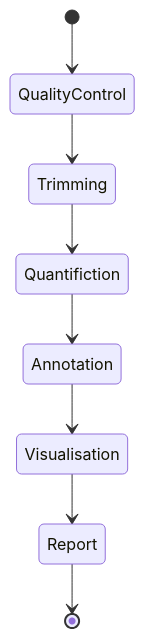
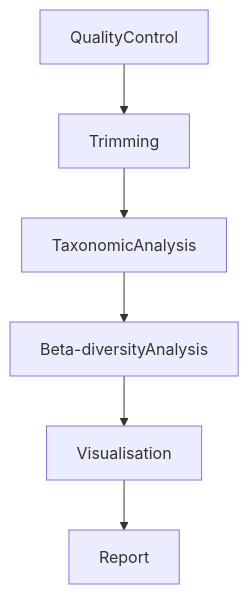
Before and after one commit to dsph-first/hand-sanitizers-efficiency: the diagram in README.md, drawn with Mermaid. The commit also changed other lines of this file, not shown here.

````diff
--- a/README.md
+++ b/README.md
@@ -7,10 +7,8 @@
 ```mermaid
-stateDiagram
-    [*] --> QualityControl
-    QualityControl --> Trimming
-    Trimming --> Quantifiction
-    Quantifiction --> Annotation
-    Annotation --> Visualisation
-    Visualisation --> Report
-    Report --> [*]
+graph TD;
+     QualityControl --> Trimming;
+     Trimming --> TaxonomicAnalysis;
+     TaxonomicAnalysis --> Beta-diversityAnalysis;
+     Beta-diversityAnalysis --> Visualisation;
+     Visualisation --> Report;
 ```
````
